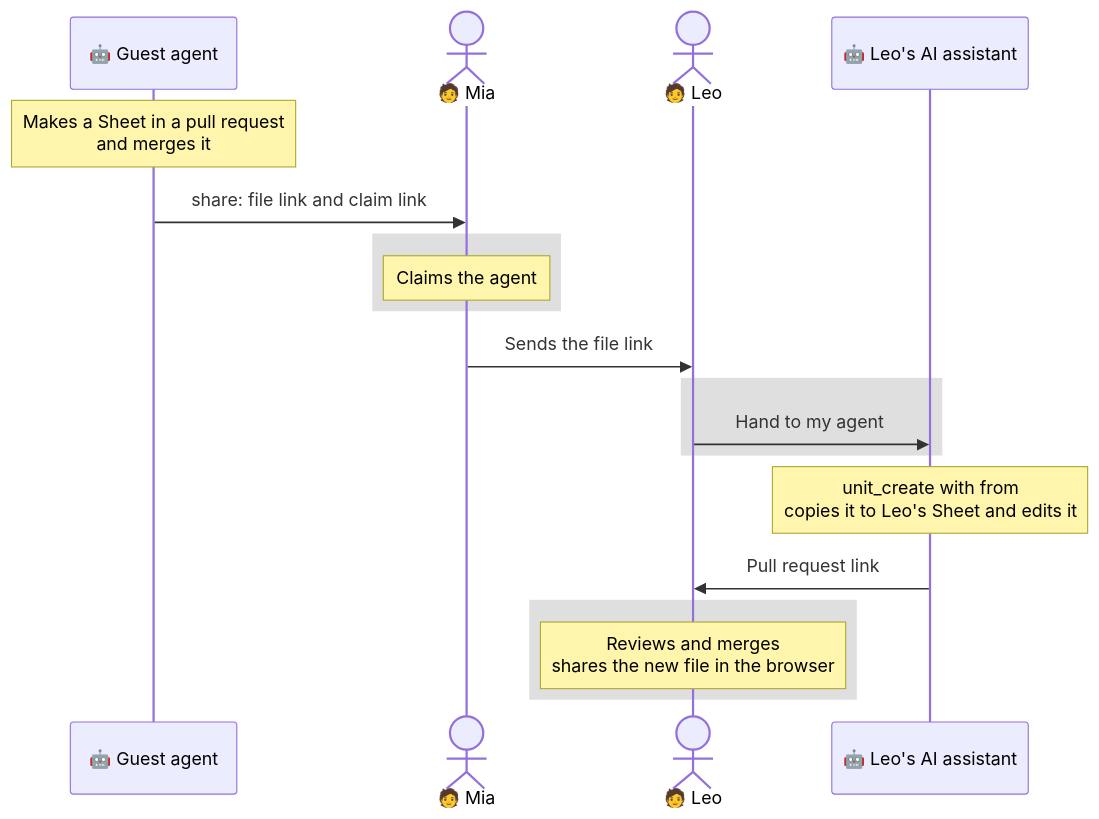
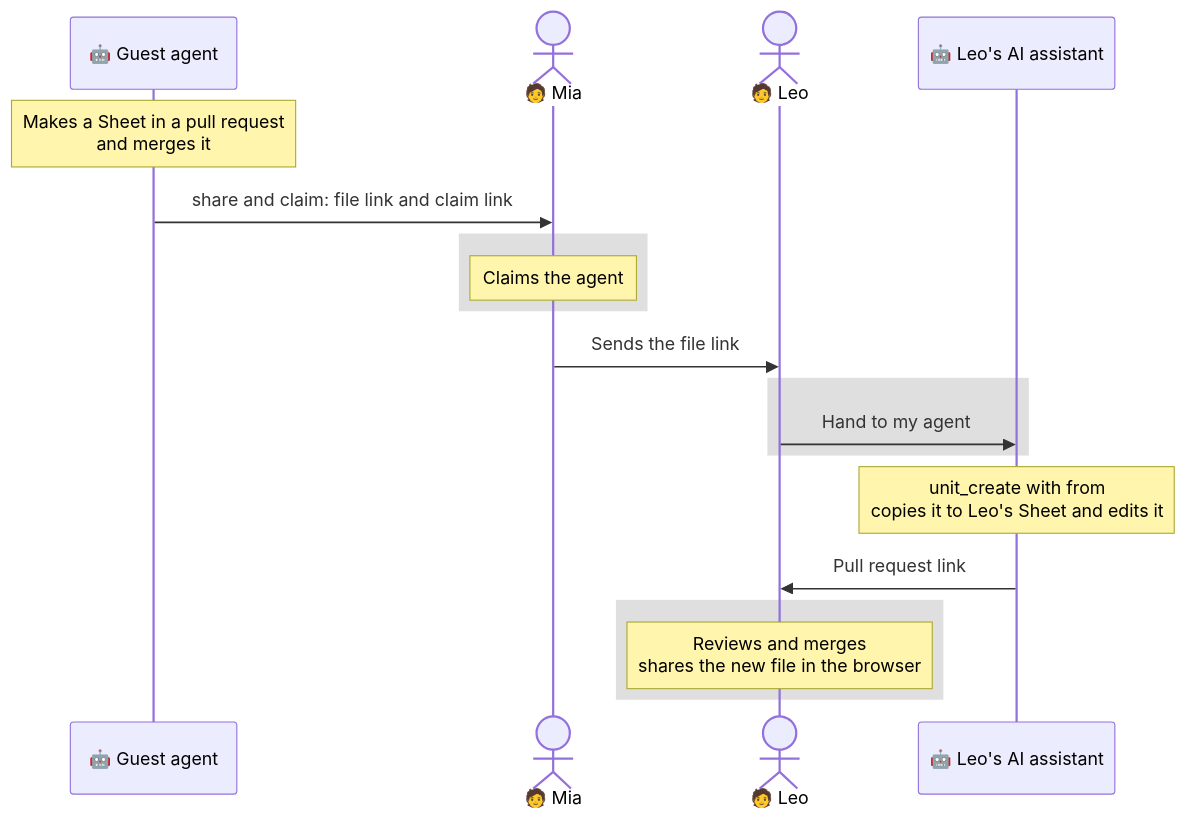
Before and after one commit to dream-num/univer-workspace: the second of 5 diagrams in docs/agent-handoff-showcase.md, drawn with Mermaid. The commit also changed other lines of this file and 24 other files, not shown here.

````diff
--- a/docs/agent-handoff-showcase.md
+++ b/docs/agent-handoff-showcase.md
@@ -33,21 +33,21 @@
 ```mermaid
 sequenceDiagram
     participant G as 🤖 Guest agent
     actor M as 🧑 Mia
     actor L as 🧑 Leo
     participant A as 🤖 Leo's AI assistant
     Note over G: Makes a Sheet in a pull request<br/>and merges it
-    G->>M: share: file link and claim link
+    G->>M: share and claim: file link and claim link
     rect rgba(128, 128, 128, 0.25)
     Note over M: Claims the agent
     end
     M->>L: Sends the file link
     rect rgba(128, 128, 128, 0.25)
     L->>A: Hand to my agent
     end
     Note over A: unit_create with from<br/>copies it to Leo's Sheet and edits it
     A->>L: Pull request link
     rect rgba(128, 128, 128, 0.25)
     Note over L: Reviews and merges<br/>shares the new file in the browser
     end
 ```
````
